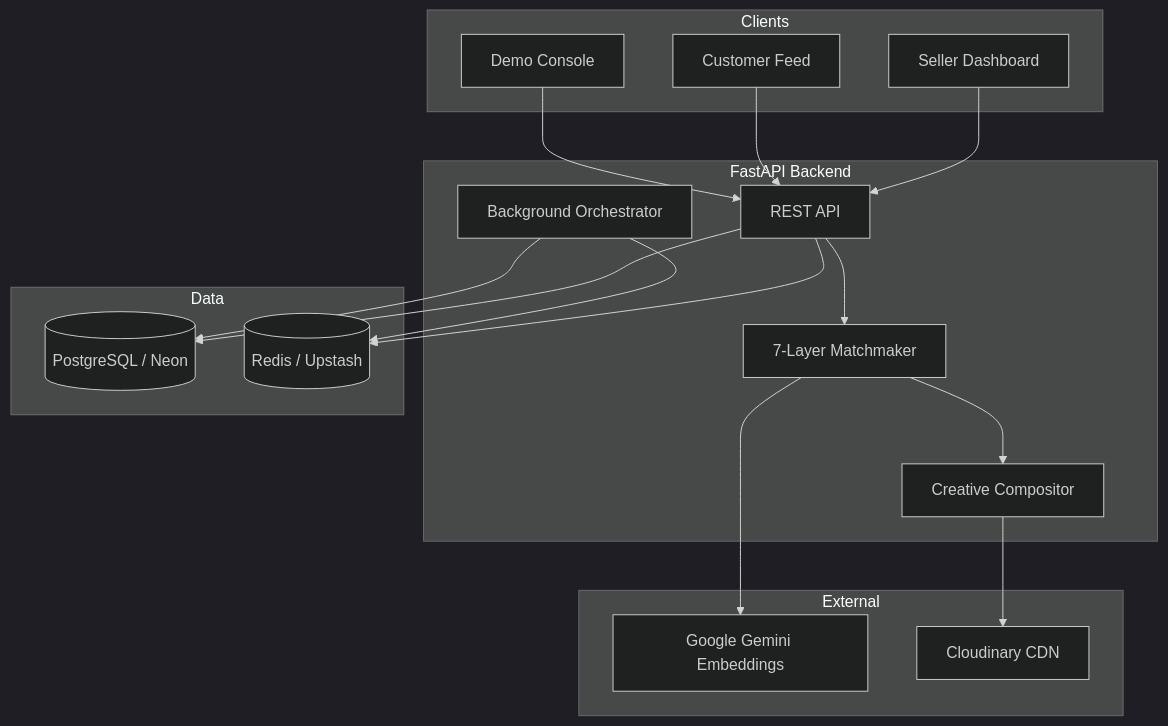
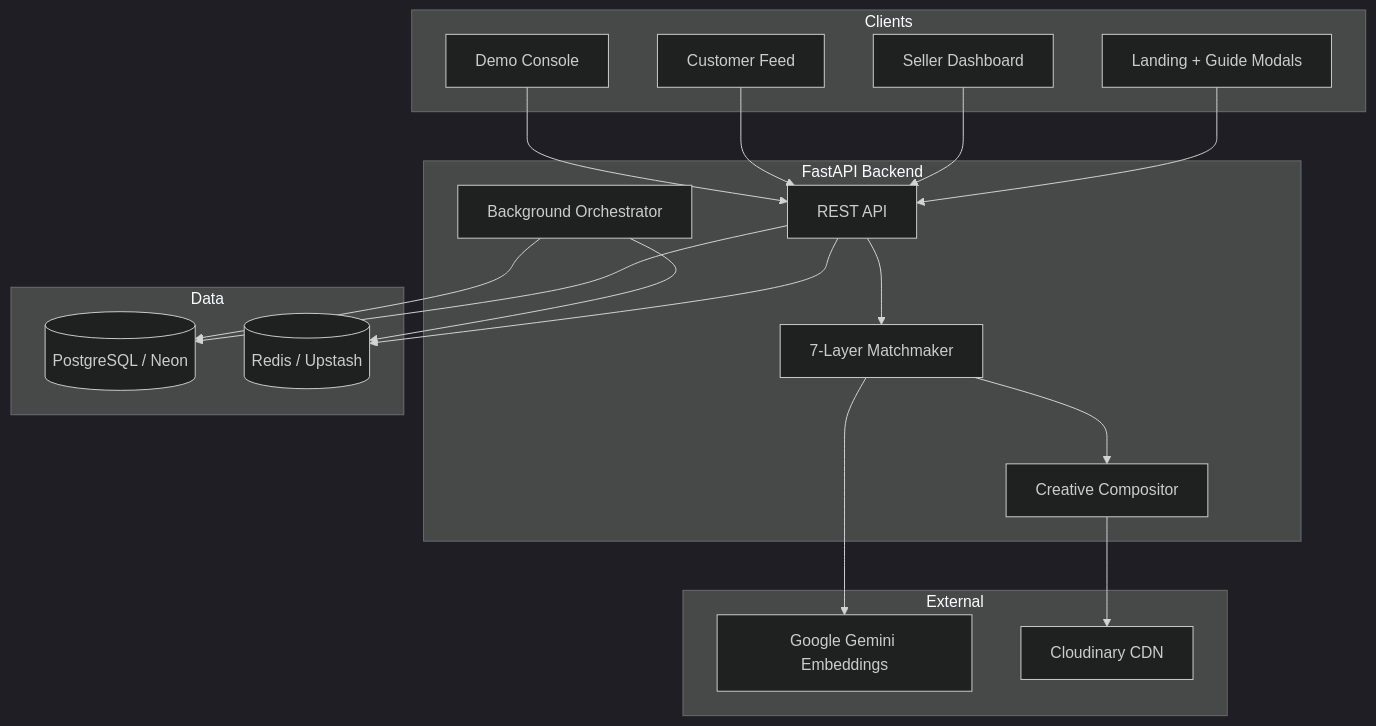
Before and after one commit to aditiiprasad/Meesho: the first of 3 diagrams in README.md, drawn with Mermaid (dark theme). The commit also changed other lines of this file and 8 other files, not shown here.

````diff
--- a/README.md
+++ b/README.md
@@ -133,37 +273,39 @@
 ```mermaid
 flowchart TB
     subgraph Clients
-        SL[Seller Dashboard]
+        LP[Landing + Guide Modals]
+        SD[Seller Dashboard]
         CF[Customer Feed]
         DC[Demo Console]
     end
 
     subgraph Backend["FastAPI Backend"]
         API[REST API]
         MM[7-Layer Matchmaker]
         ORCH[Background Orchestrator]
         COMP[Creative Compositor]
     end
 
     subgraph Data
         PG[(PostgreSQL / Neon)]
         RD[(Redis / Upstash)]
     end
 
     subgraph External
         GEM[Google Gemini Embeddings]
         CL[Cloudinary CDN]
     end
 
-    SL --> API
+    LP --> API
+    SD --> API
     CF --> API
     DC --> API
     API --> PG
     API --> MM
     MM --> GEM
     MM --> COMP
     COMP --> CL
     API --> RD
     ORCH --> PG
     ORCH --> RD
 ```
````
